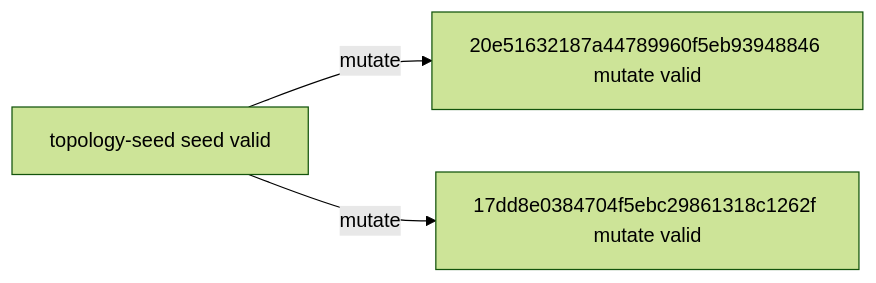
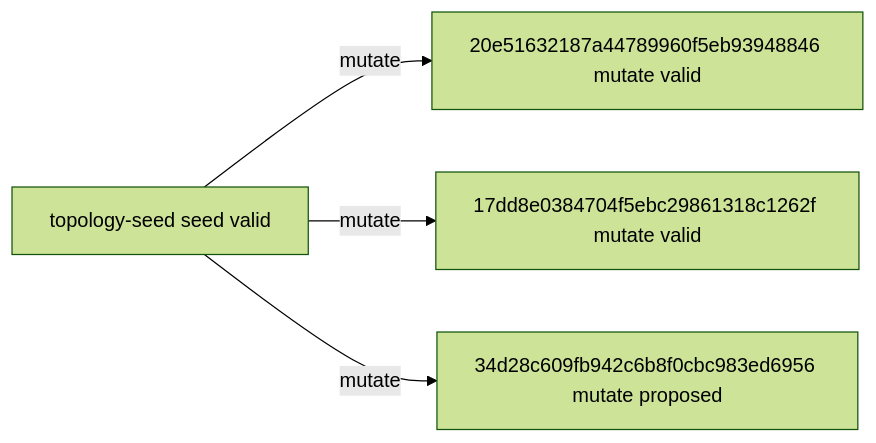
The diagram in experiments/campaigns/topology-smac-v1/README.md (timbtz/feyer-search-lab), drawn with Mermaid (forest theme) before and after one commit. The commit also changed other lines of this file and 7 other files, not shown here.

````diff
--- a/experiments/campaigns/topology-smac-v1/README.md
+++ b/experiments/campaigns/topology-smac-v1/README.md
@@ -21,8 +21,10 @@
 ```mermaid
 graph LR
   n0["topology-seed seed valid"]
   n1["20e51632187a44789960f5eb93948846 mutate valid"]
   n2["17dd8e0384704f5ebc29861318c1262f mutate valid"]
+  n3["34d28c609fb942c6b8f0cbc983ed6956 mutate proposed"]
   n0 -->|mutate| n1
   n0 -->|mutate| n2
+  n0 -->|mutate| n3
 ```
````
